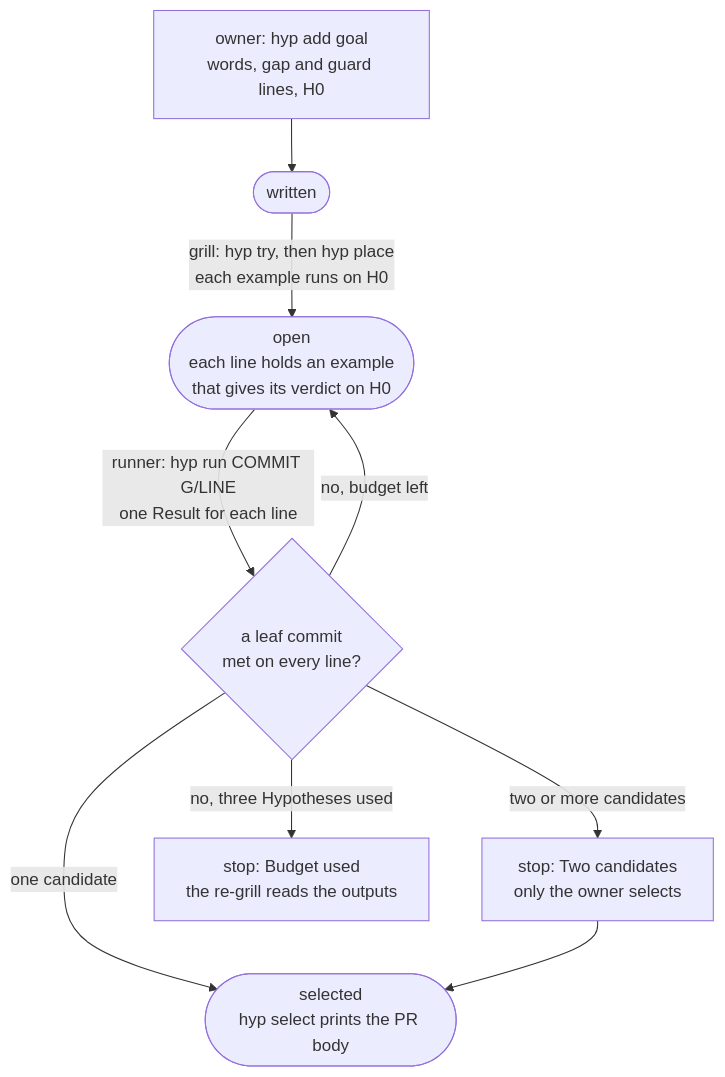
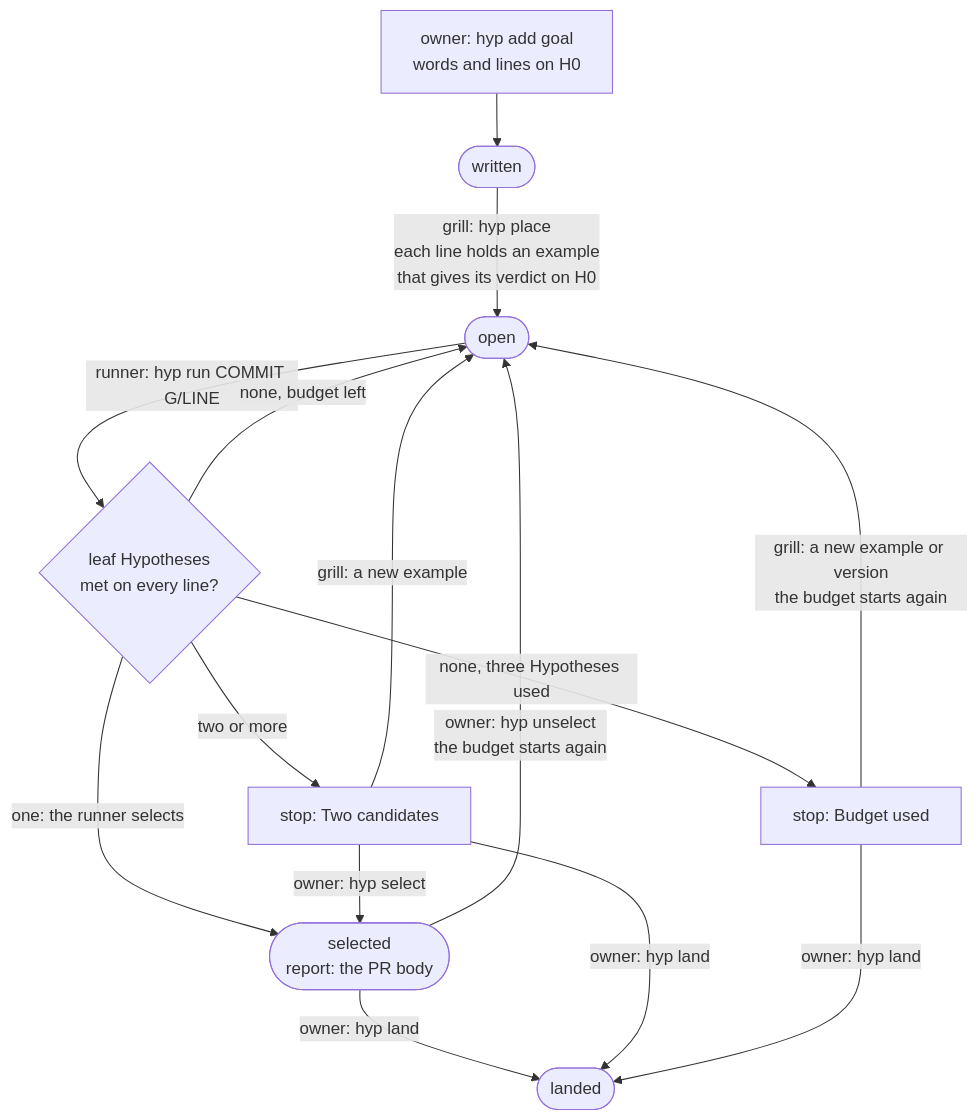
One commit to dat9uy/hyp changed the diagram in README.md. Above: the diagram before and after it, drawn with Mermaid. The commit also changed other lines of this file, not shown here.

Commit message:
docs: rewrite the README for hyp v2

````diff
--- a/README.md
+++ b/README.md
@@ -32,11 +93,17 @@
 ```mermaid
 flowchart TD
-  A["owner: hyp add goal<br/>words, gap and guard lines, H0"] --> W(["written"])
-  W -- "grill: hyp try, then hyp place<br/>each example runs on H0" --> O(["open<br/>each line holds an example<br/>that gives its verdict on H0"])
-  O -- "runner: hyp run COMMIT G/LINE<br/>one Result for each line" --> C{"a leaf commit<br/>met on every line?"}
-  C -- "no, budget left" --> O
-  C -- "one candidate" --> S(["selected<br/>hyp select prints the PR body"])
-  C -- "two or more candidates" --> T["stop: Two candidates<br/>only the owner selects"]
-  C -- "no, three Hypotheses used" --> B["stop: Budget used<br/>the re-grill reads the outputs"]
-  T --> S
+  A["owner: hyp add goal<br/>words and lines on H0"] --> W(["written"])
+  W -- "grill: hyp place<br/>each line holds an example<br/>that gives its verdict on H0" --> O(["open"])
+  O -- "runner: hyp run COMMIT G/LINE" --> C{"leaf Hypotheses<br/>met on every line?"}
+  C -- "none, budget left" --> O
+  C -- "one: the runner selects" --> S(["selected<br/>report: the PR body"])
+  C -- "two or more" --> T["stop: Two candidates"]
+  C -- "none, three Hypotheses used" --> B["stop: Budget used"]
+  T -- "owner: hyp select" --> S
+  T -- "grill: a new example" --> O
+  B -- "grill: a new example or version<br/>the budget starts again" --> O
+  S -- "owner: hyp unselect<br/>the budget starts again" --> O
+  S -- "owner: hyp land" --> L(["landed"])
+  T -- "owner: hyp land" --> L
+  B -- "owner: hyp land" --> L
 ```
````
